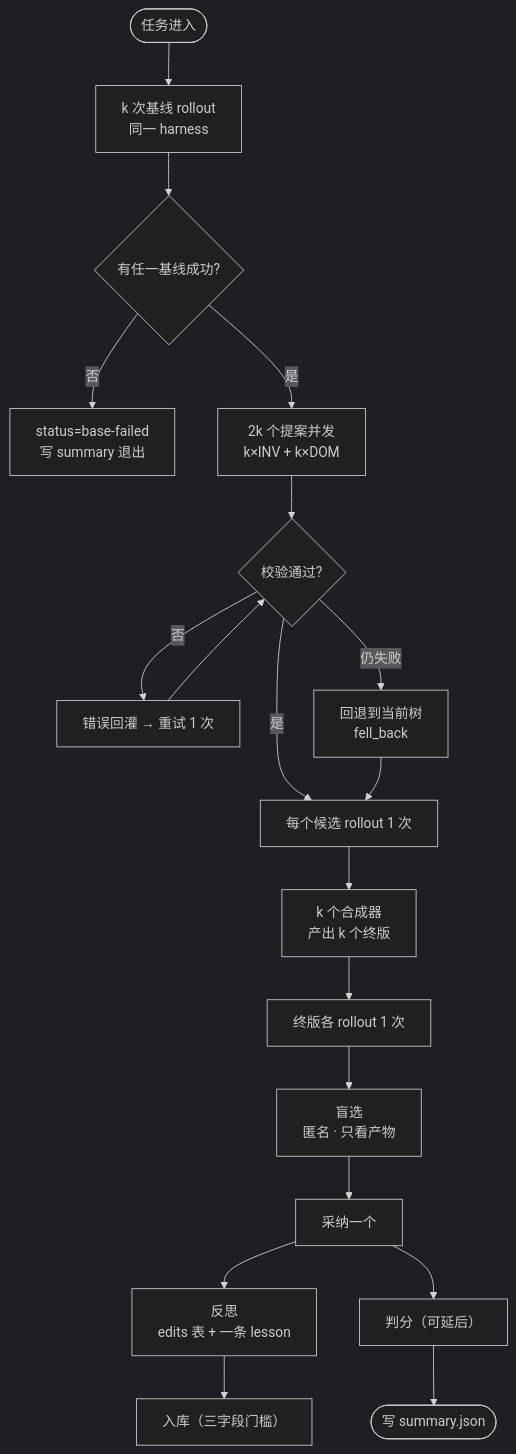
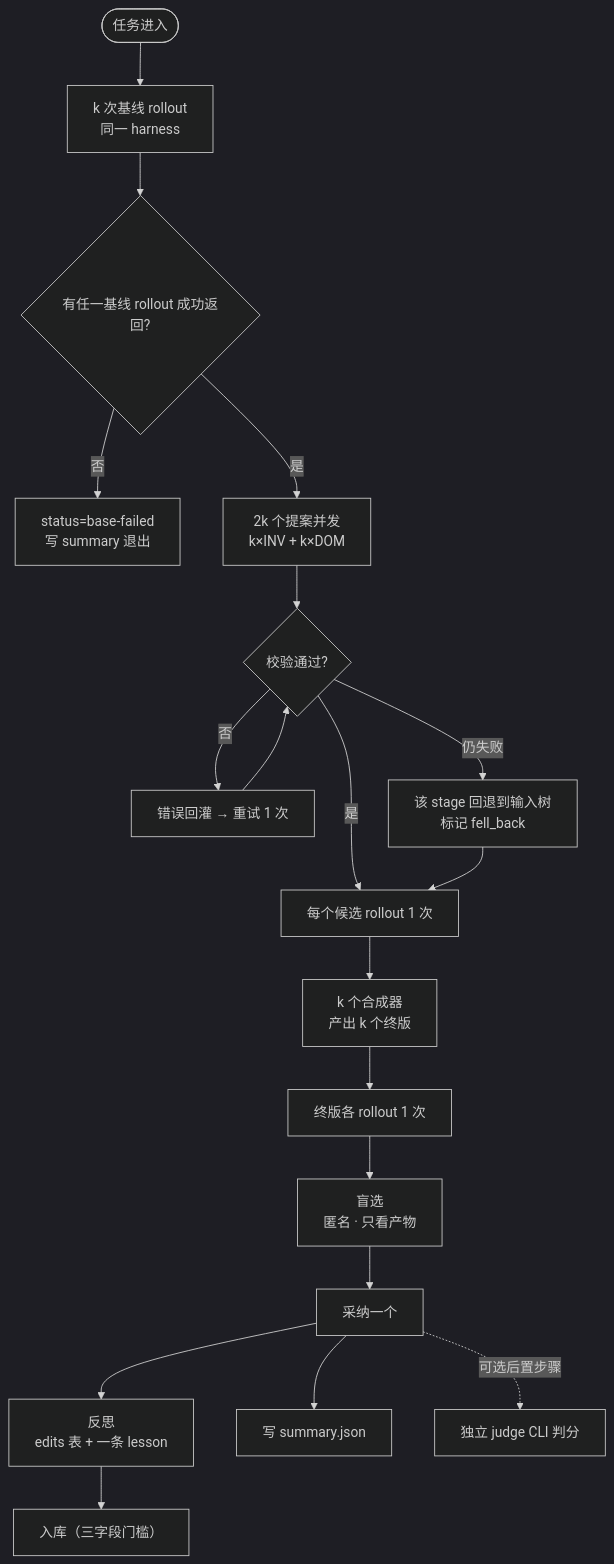
One commit to malizhi2202-dev/harness2 changed the third of 5 diagrams in docs/product-design/PROJECT-DOC.md. Above: the diagram before and after it, drawn with Mermaid (dark theme). The commit also changed other lines of this file and 13 other files, not shown here.

````diff
--- a/docs/product-design/PROJECT-DOC.md
+++ b/docs/product-design/PROJECT-DOC.md
@@ -115,21 +155,21 @@
 ```mermaid
 flowchart TD
   START(["任务进入"]) --> BASE["k 次基线 rollout<br/>同一 harness"]
-  BASE --> OK{"有任一基线成功?"}
+  BASE --> OK{"有任一基线 rollout 成功返回?"}
   OK -- 否 --> FAIL["status=base-failed<br/>写 summary 退出"]
   OK -- 是 --> PROP["2k 个提案并发<br/>k×INV + k×DOM"]
   PROP --> VAL{"校验通过?"}
   VAL -- 否 --> RETRY["错误回灌 → 重试 1 次"]
   RETRY --> VAL
-  VAL -- 仍失败 --> FALL["回退到当前树<br/>fell_back"]
+  VAL -- 仍失败 --> FALL["该 stage 回退到输入树<br/>标记 fell_back"]
   VAL -- 是 --> PROBE["每个候选 rollout 1 次"]
   FALL --> PROBE
   PROBE --> COMP["k 个合成器<br/>产出 k 个终版"]
   COMP --> ROLL["终版各 rollout 1 次"]
   ROLL --> SEL["盲选<br/>匿名 · 只看产物"]
   SEL --> ADOPT["采纳一个"]
   ADOPT --> REFL["反思<br/>edits 表 + 一条 lesson"]
   REFL --> LIB["入库（三字段门槛）"]
-  ADOPT --> JUDGE["判分（可延后）"]
-  JUDGE --> DONE(["写 summary.json"])
+  ADOPT --> DONE["写 summary.json"]
+  ADOPT -.可选后置步骤.-> JUDGE["独立 judge CLI 判分"]
 ```
````
